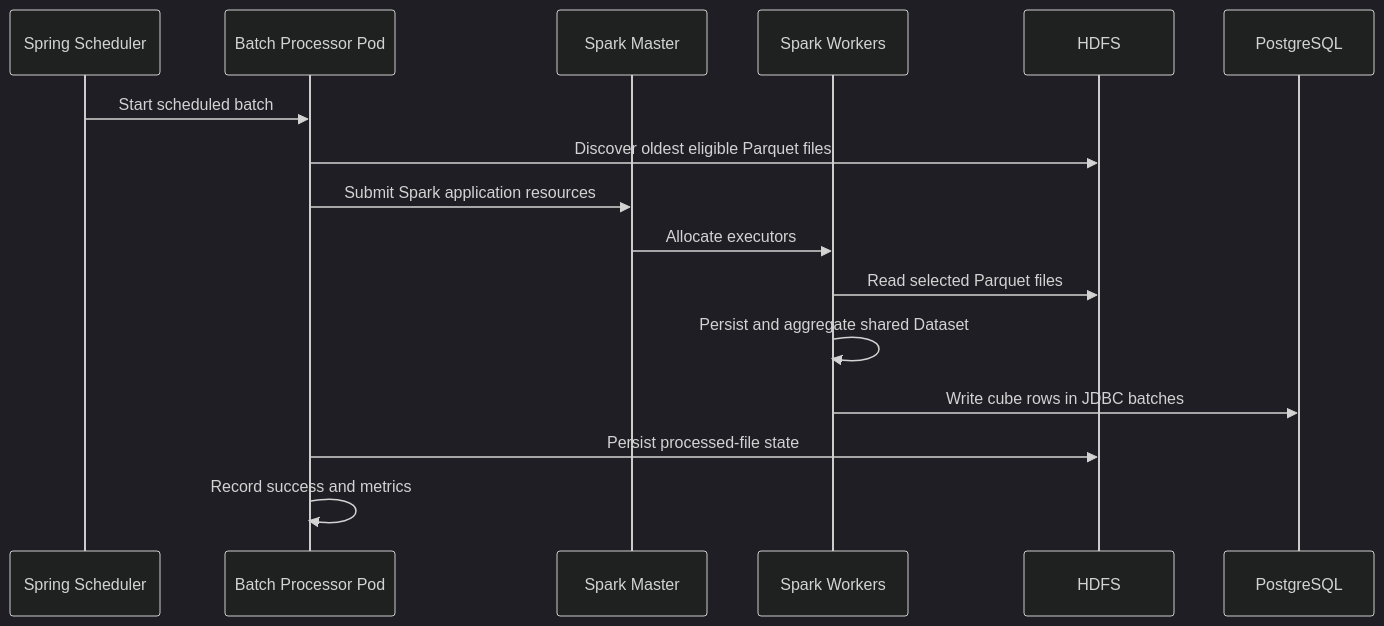
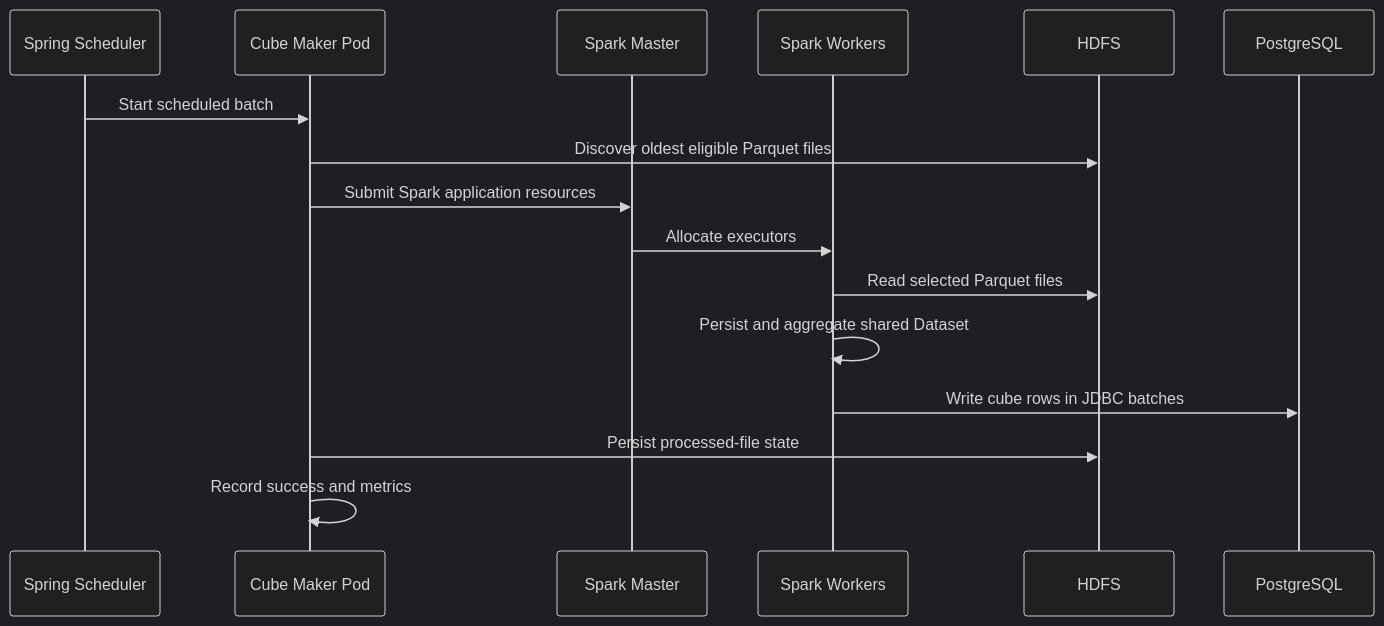
Before and after one commit to MahdyMokh7/distributed-netflow-analytics-platform: the third of 5 diagrams in docs/technical-report/week5/kubernetes-cluster.md, drawn with Mermaid (dark theme). The commit also changed other lines of this file and 221 other files, not shown here.

Commit message:
refactor(cube-maker): rename batch-processor module to cube-maker and all the adjustments that should be made

````diff
--- a/docs/technical-report/week5/kubernetes-cluster.md
+++ b/docs/technical-report/week5/kubernetes-cluster.md
@@ -225,19 +225,19 @@
 ```mermaid
 sequenceDiagram
     participant Scheduler as Spring Scheduler
-    participant Driver as Batch Processor Pod
+    participant Driver as Cube Maker Pod
     participant Master as Spark Master
     participant Workers as Spark Workers
     participant HDFS
     participant PostgreSQL
 
     Scheduler->>Driver: Start scheduled batch
     Driver->>HDFS: Discover oldest eligible Parquet files
     Driver->>Master: Submit Spark application resources
     Master->>Workers: Allocate executors
     Workers->>HDFS: Read selected Parquet files
     Workers->>Workers: Persist and aggregate shared Dataset
     Workers->>PostgreSQL: Write cube rows in JDBC batches
     Driver->>HDFS: Persist processed-file state
     Driver->>Driver: Record success and metrics
 ```
````
